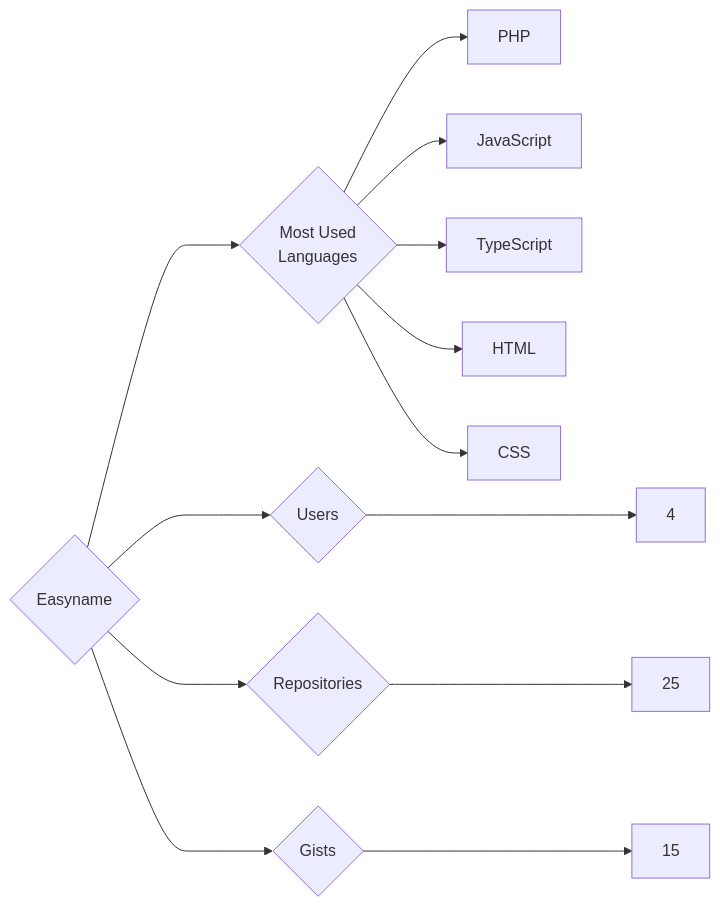
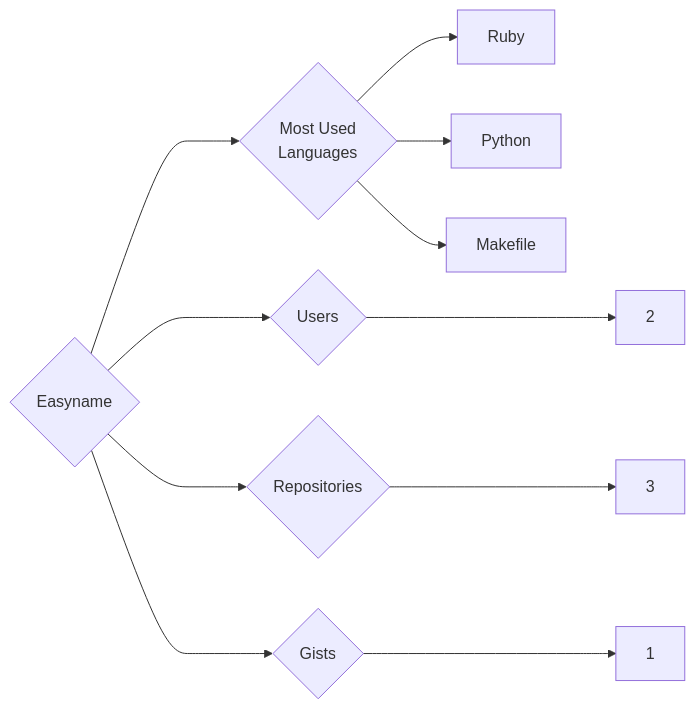
Before and after one commit to trickest/insiders: the diagram in targets/Easyname/README.md, drawn with Mermaid. The commit also changed 681 other files, not shown here.

````diff
--- a/targets/Easyname/README.md
+++ b/targets/Easyname/README.md
@@ -3,13 +3,11 @@
 ```mermaid
 graph LR
 COMPANY_NAME{Easyname}
-COMPANY_NAME ---> U{Users} ---> UN[4]
-COMPANY_NAME ---> R{Repositories} ---> RN[25]
-COMPANY_NAME ---> G{Gists} ---> GN[15]
+COMPANY_NAME ---> U{Users} ---> UN[2]
+COMPANY_NAME ---> R{Repositories} ---> RN[3]
+COMPANY_NAME ---> G{Gists} ---> GN[1]
 COMPANY_NAME ---> ML{Most Used<br>Languages}
-ML --> PHP[PHP]
-ML --> JavaScript[JavaScript]
-ML --> TypeScript[TypeScript]
-ML --> HTML[HTML]
-ML --> CSS[CSS]
+ML --> Ruby[Ruby]
+ML --> Python[Python]
+ML --> Makefile[Makefile]
 ```
````
